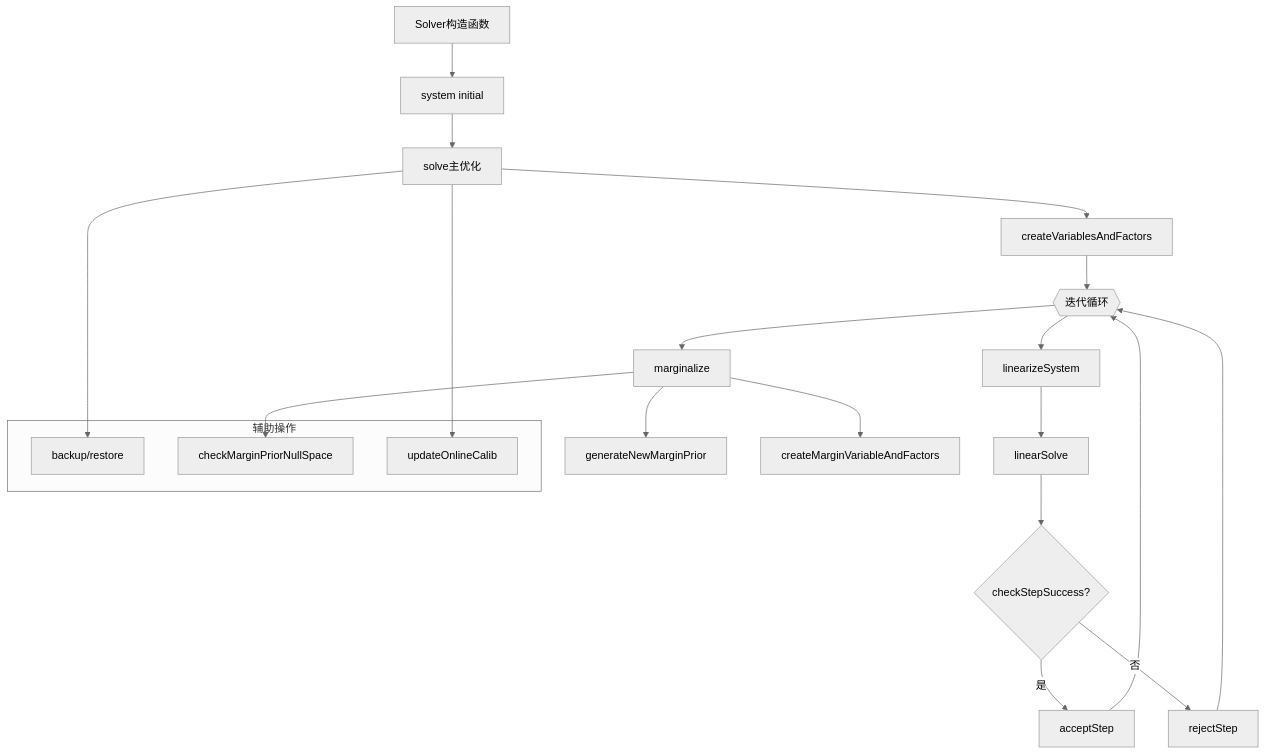
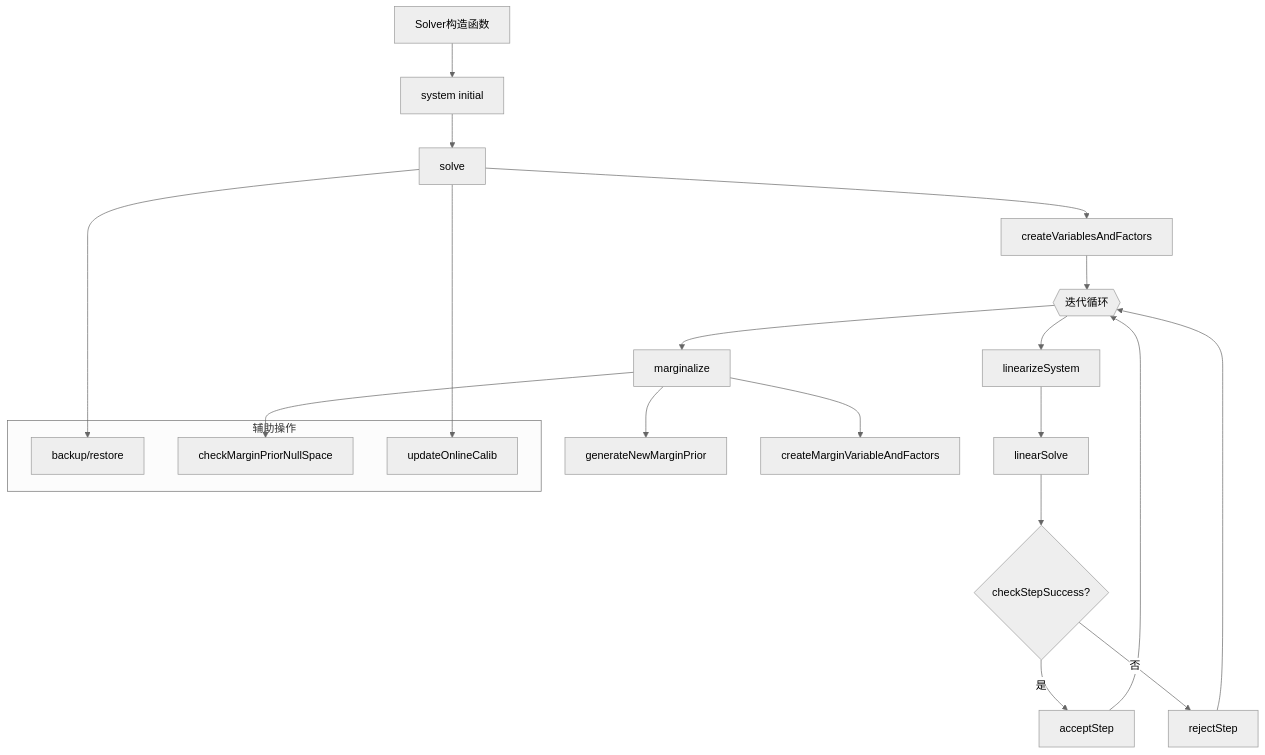
One commit to huzixuan1/iodraw-files changed the diagram in all/未命名-2.md. Above: the diagram before and after it, drawn with Mermaid (neutral theme).

Commit message:
2025-04-17 09:16:46 update

````diff
--- a/all/未命名-2.md
+++ b/all/未命名-2.md
@@ -1,27 +1,27 @@
 ```mermaid
 
 graph TD
     A[Solver构造函数] --> B[system initial]
-    B --> C[solve主优化]
+    B --> C[solve]
     C --> D[createVariablesAndFactors]
     D --> E{{迭代循环}}
     E --> F[linearizeSystem]
     F --> G[linearSolve]
     G --> H{checkStepSuccess?}
     H -- 是 --> I[acceptStep]
     H -- 否 --> J[rejectStep]
     I --> E
     J --> E
     E --> K[marginalize]
     K --> L[generateNewMarginPrior]
     K --> M[createMarginVariableAndFactors]
     
     subgraph 辅助操作
         N[backup/restore]
         O[checkMarginPriorNullSpace]
         P[updateOnlineCalib]
     end
     C --> N
     K --> O
     C --> P
 ```
````
